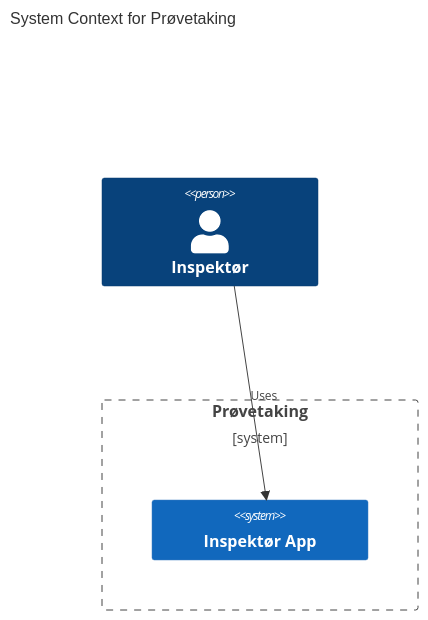
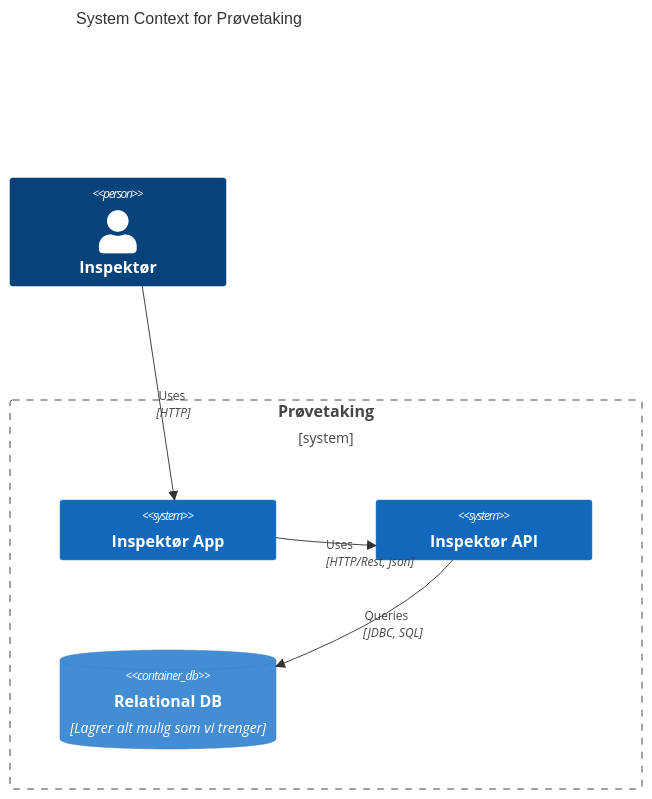
The second of 2 diagrams in docs/design.md (jankb/kotlintest), drawn with Mermaid before and after one commit.

````diff
--- a/docs/design.md
+++ b/docs/design.md
@@ -13,13 +13,17 @@
 ```mermaid
 C4Context
  title System Context for Prøvetaking
  Person(inspektor, "Inspektør")
  
  Boundary(system, "Prøvetaking")
  {
    System(inspApp, "Inspektør App")
+   System(inspApi, "Inspektør API")
+   ContainerDb(database, "Relational DB", "Lagrer alt mulig som vi trenger")
  }
  
- Rel(inspektor, inspApp, "Uses")
+ Rel(inspektor, inspApp, "Uses", "HTTP")
+ Rel(inspApp,  inspApi, "Uses", "HTTP/Rest, Json")
+ Rel(inspApi, database, "Queries", "JDBC, SQL")
 
 ```
````
